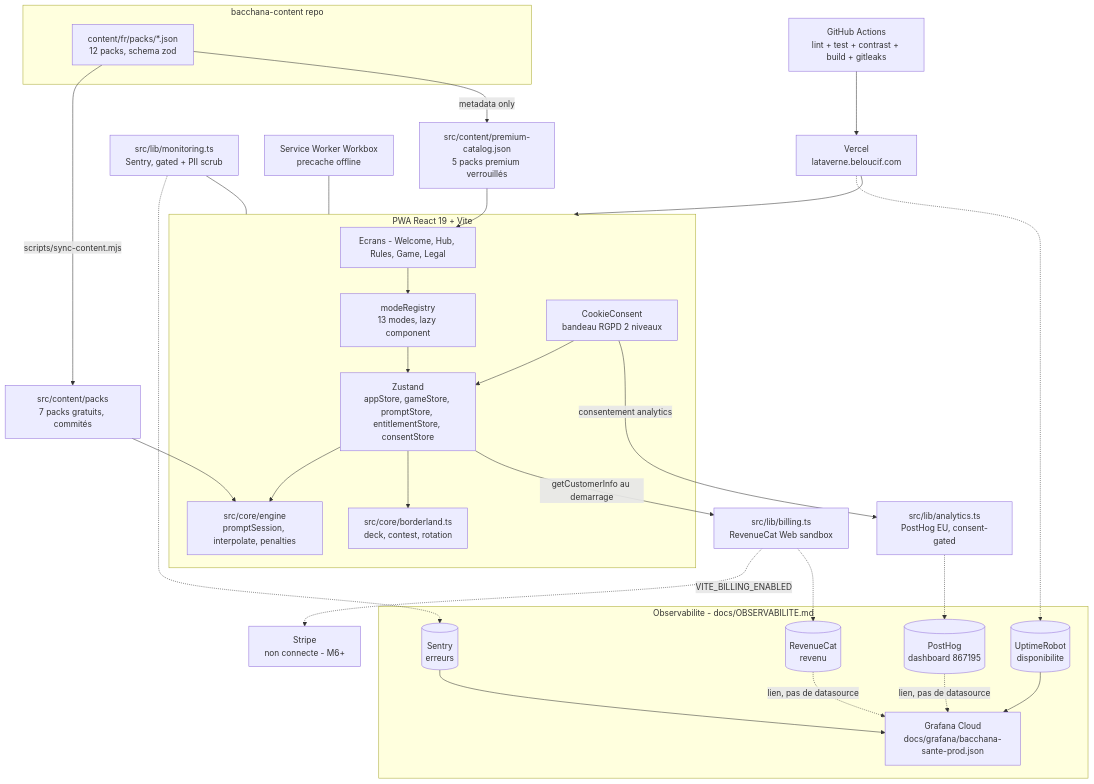
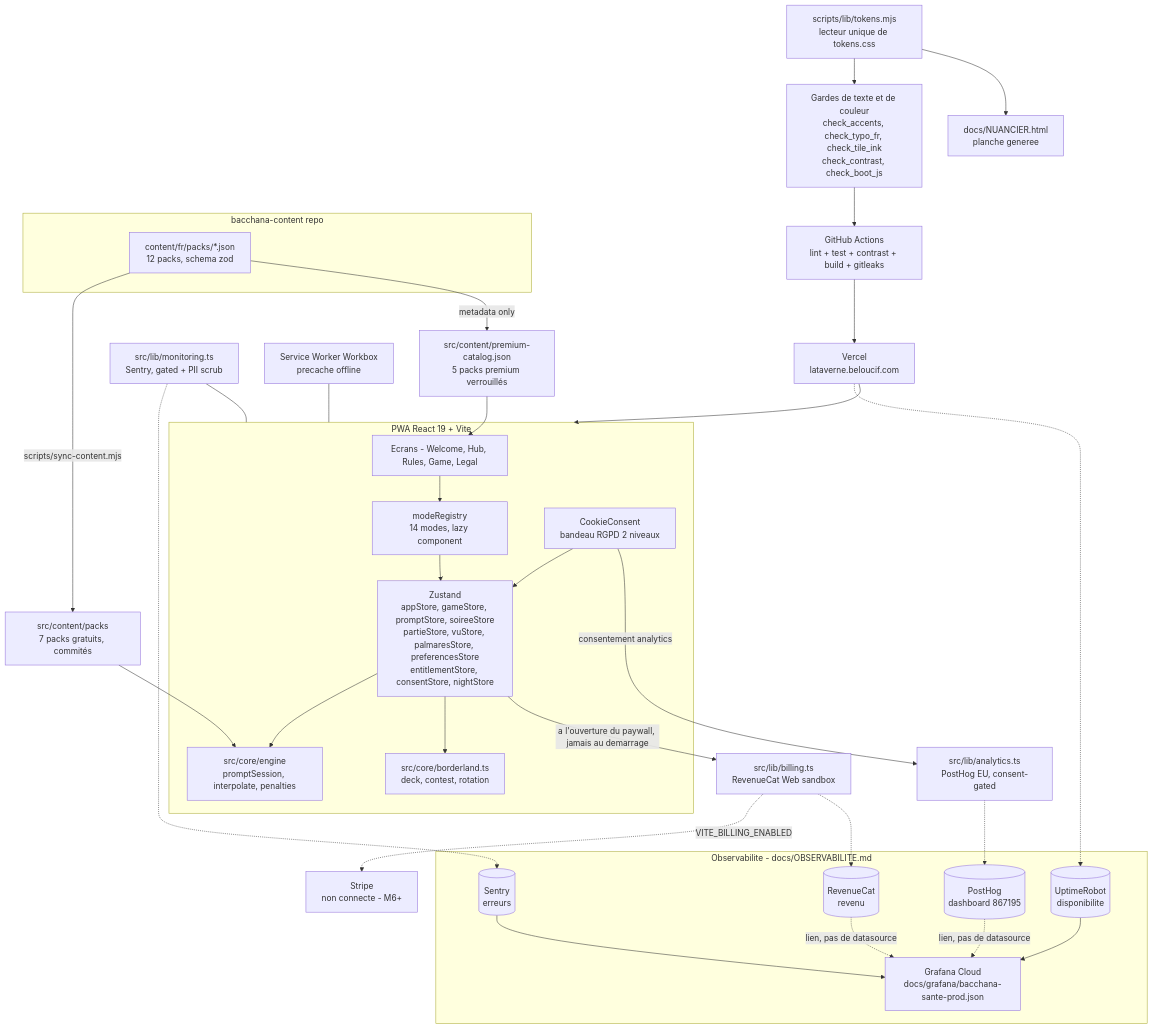
One commit to Adam-Blf/bacchana changed the diagram in README.md. Above: the diagram before and after it, drawn with Mermaid. The commit also changed other lines of this file and 98 other files, not shown here.

````diff
--- a/README.md
+++ b/README.md
@@ -152,47 +188,50 @@
 ```mermaid
 flowchart TD
     subgraph Content [bacchana-content repo]
         Packs[content/fr/packs/*.json\n12 packs, schema zod]
     end
     Packs -->|scripts/sync-content.mjs| Free[src/content/packs\n7 packs gratuits, commités]
     Packs -->|metadata only| Catalog[src/content/premium-catalog.json\n5 packs premium verrouillés]
 
     subgraph Client [PWA React 19 + Vite]
         UI[Ecrans - Welcome, Hub, Rules, Game, Legal]
-        Registry[modeRegistry\n13 modes, lazy component]
+        Registry[modeRegistry\n14 modes, lazy component]
         Engine[src/core/engine\npromptSession, interpolate, penalties]
         Core[src/core/borderland.ts\ndeck, contest, rotation]
-        Stores[Zustand\nappStore, gameStore, promptStore, entitlementStore, consentStore]
+        Stores[Zustand\nappStore, gameStore, promptStore, soireeStore\npartieStore, vuStore, palmaresStore, preferencesStore\nentitlementStore, consentStore, nightStore]
         Cookie[CookieConsent\nbandeau RGPD 2 niveaux]
         UI --> Registry --> Stores
         Stores --> Engine
         Stores --> Core
         Cookie --> Stores
     end
 
     Free --> Engine
     Catalog --> UI
     Cookie -->|consentement analytics| Analytics[src/lib/analytics.ts\nPostHog EU, consent-gated]
-    Stores -->|getCustomerInfo au demarrage| Billing[src/lib/billing.ts\nRevenueCat Web sandbox]
+    Stores -->|a l'ouverture du paywall, jamais au demarrage| Billing[src/lib/billing.ts\nRevenueCat Web sandbox]
     Billing -.->|VITE_BILLING_ENABLED| Stripe[Stripe\nnon connecte - M6+]
     Monitor[src/lib/monitoring.ts\nSentry, gated + PII scrub] --- Client
     SW[Service Worker Workbox\nprecache offline] --- Client
     Vercel[Vercel\nlataverne.beloucif.com] --> Client
     CI[GitHub Actions\nlint + test + contrast + build + gitleaks] --> Vercel
+    Gardes[Gardes de texte et de couleur\ncheck_accents, check_typo_fr, check_tile_ink\ncheck_contrast, check_boot_js] --> CI
+    Jetons[scripts/lib/tokens.mjs\nlecteur unique de tokens.css] --> Gardes
+    Jetons --> Nuancier[docs/NUANCIER.html\nplanche generee]
 
     subgraph Observability [Observabilite - docs/OBSERVABILITE.md]
         Sentry[(Sentry\nerreurs)]
         PH[(PostHog\ndashboard 867195)]
         UR[(UptimeRobot\ndisponibilite)]
         RC[(RevenueCat\nrevenu)]
         Grafana[Grafana Cloud\ndocs/grafana/bacchana-sante-prod.json]
         Sentry --> Grafana
         UR --> Grafana
         PH -.->|lien, pas de datasource| Grafana
         RC -.->|lien, pas de datasource| Grafana
     end
     Monitor -.-> Sentry
     Analytics -.-> PH
     Vercel -.-> UR
     Billing -.-> RC
 ```
````
